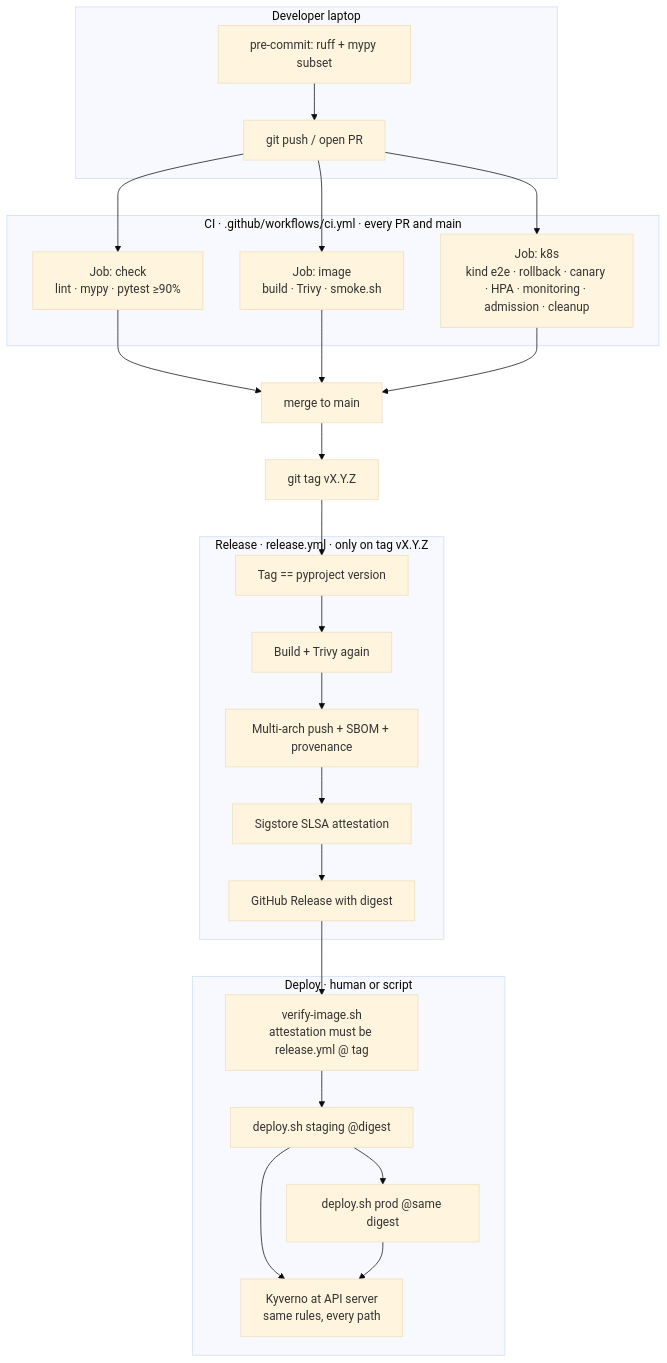
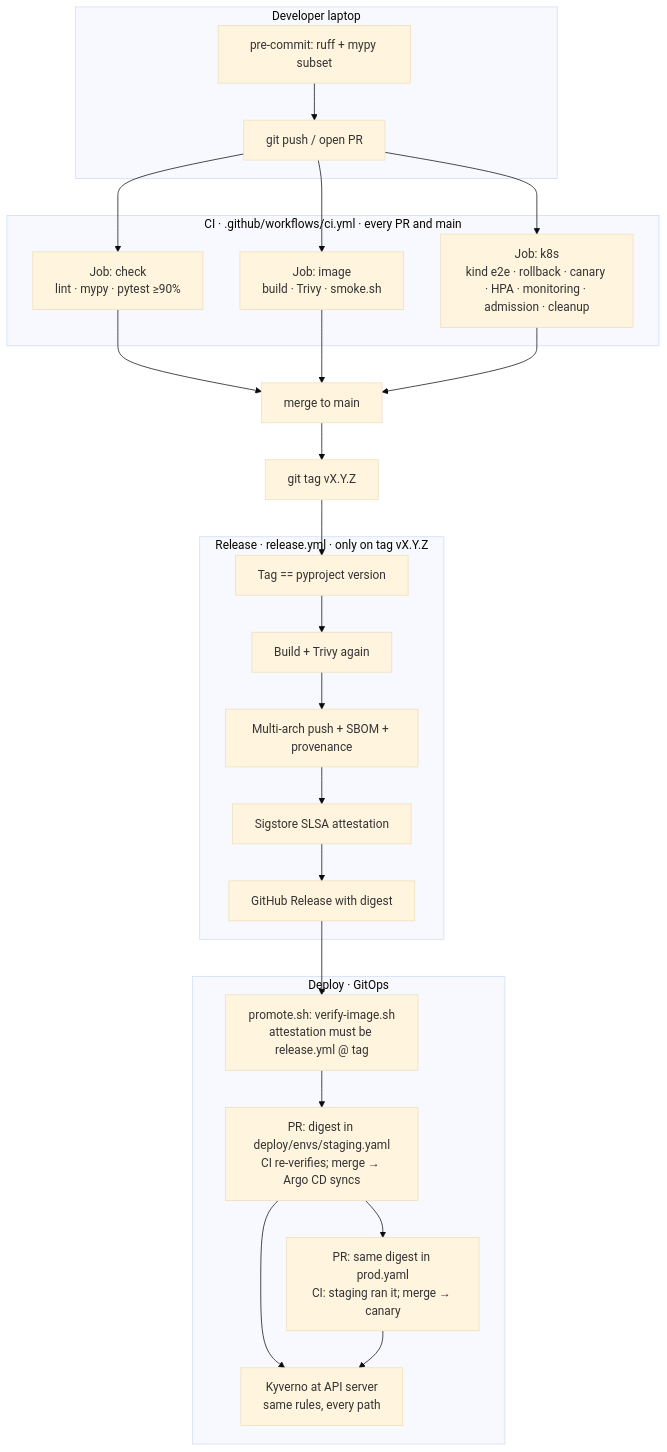
The sixth of 9 diagrams in docs/DESIGN.md (easypeasyops/links), drawn with Mermaid (base theme) before and after one commit. The commit also changed other lines of this file and 17 other files, not shown here.

Commit message:
feat: GitOps with Argo CD (#46)

````diff
--- a/docs/DESIGN.md
+++ b/docs/DESIGN.md
@@ -528,40 +528,40 @@
 ```mermaid
 flowchart TB
   subgraph local [Developer laptop]
     pre[pre-commit: ruff + mypy subset]
     push[git push / open PR]
   end
 
   subgraph ci [CI · .github/workflows/ci.yml · every PR and main]
     check[Job: check<br/>lint · mypy · pytest ≥90%]
     image[Job: image<br/>build · Trivy · smoke.sh]
     k8s[Job: k8s<br/>kind e2e · rollback · canary · HPA · monitoring · admission · cleanup]
   end
 
   subgraph release [Release · release.yml · only on tag vX.Y.Z]
     match[Tag == pyproject version]
     scan2[Build + Trivy again]
     pushImg[Multi-arch push + SBOM + provenance]
     attest[Sigstore SLSA attestation]
     ghRel[GitHub Release with digest]
   end
 
-  subgraph deployPath [Deploy · human or script]
-    verify[verify-image.sh<br/>attestation must be release.yml @ tag]
-    stg[deploy.sh staging @digest]
-    prod[deploy.sh prod @same digest]
+  subgraph deployPath [Deploy · GitOps]
+    verify[promote.sh: verify-image.sh<br/>attestation must be release.yml @ tag]
+    stg[PR: digest in deploy/envs/staging.yaml<br/>CI re-verifies; merge → Argo CD syncs]
+    prod[PR: same digest in prod.yaml<br/>CI: staging ran it; merge → canary]
     admit[Kyverno at API server<br/>same rules, every path]
   end
 
   pre --> push --> check
   push --> image
   push --> k8s
   check --> merge[merge to main]
   image --> merge
   k8s --> merge
   merge --> tag[git tag vX.Y.Z]
   tag --> match --> scan2 --> pushImg --> attest --> ghRel
   ghRel --> verify --> stg --> prod
   stg --> admit
   prod --> admit
 ```
````
